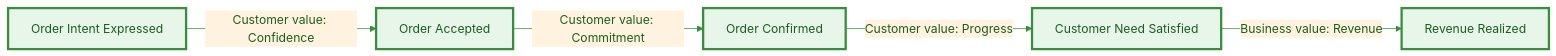
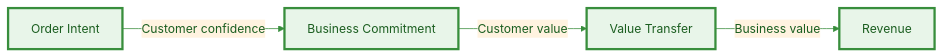
Before and after one commit to Evilazaro/Azure-LogicApps-Monitoring: the second of 7 diagrams in docs/architecture/01-business-architecture.md, drawn with Mermaid. The commit also changed other lines of this file, not shown here.

Commit message:
Refine Business Architecture document: enhance clarity in order management processes, update stakeholder expectations, and improve value stream definitions

````diff
--- a/docs/architecture/01-business-architecture.md
+++ b/docs/architecture/01-business-architecture.md
@@ -239,17 +227,15 @@
 ```mermaid
 %%{init: {'theme':'base', 'themeVariables': { 'primaryColor':'#e8f5e9','primaryTextColor':'#1b5e20','primaryBorderColor':'#388e3c','lineColor':'#388e3c','secondaryColor':'#fff3e0','tertiaryColor':'#f3e5f5'}}}%%
 flowchart LR
-    V1[Order Intent Expressed]
-    V2[Order Accepted]
-    V3[Order Confirmed]
-    V4[Customer Need Satisfied]
-    V5[Revenue Realized]
+    V1[Order Intent]
+    V2[Business Commitment]
+    V3[Value Transfer]
+    V4[Revenue]
 
-    V1 -->|Customer value: Confidence| V2
-    V2 -->|Customer value: Commitment| V3
-    V3 -->|Customer value: Progress| V4
-    V4 -->|Business value: Revenue| V5
+    V1 -->|Customer confidence| V2
+    V2 -->|Customer value| V3
+    V3 -->|Business value| V4
 
     classDef value fill:#e8f5e9,stroke:#388e3c,stroke-width:3px,color:#1b5e20
-    class V1,V2,V3,V4,V5 value
+    class V1,V2,V3,V4 value
 ```
````
